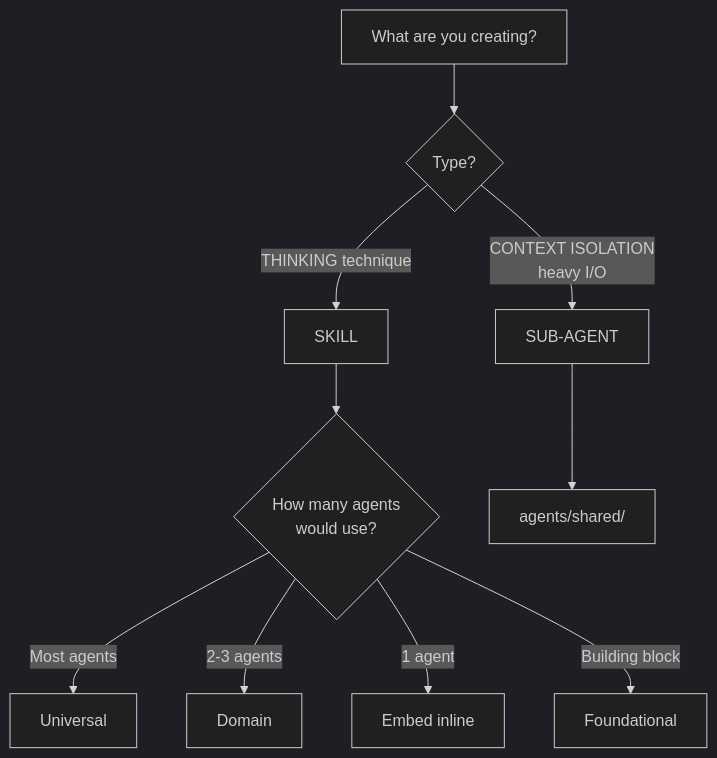
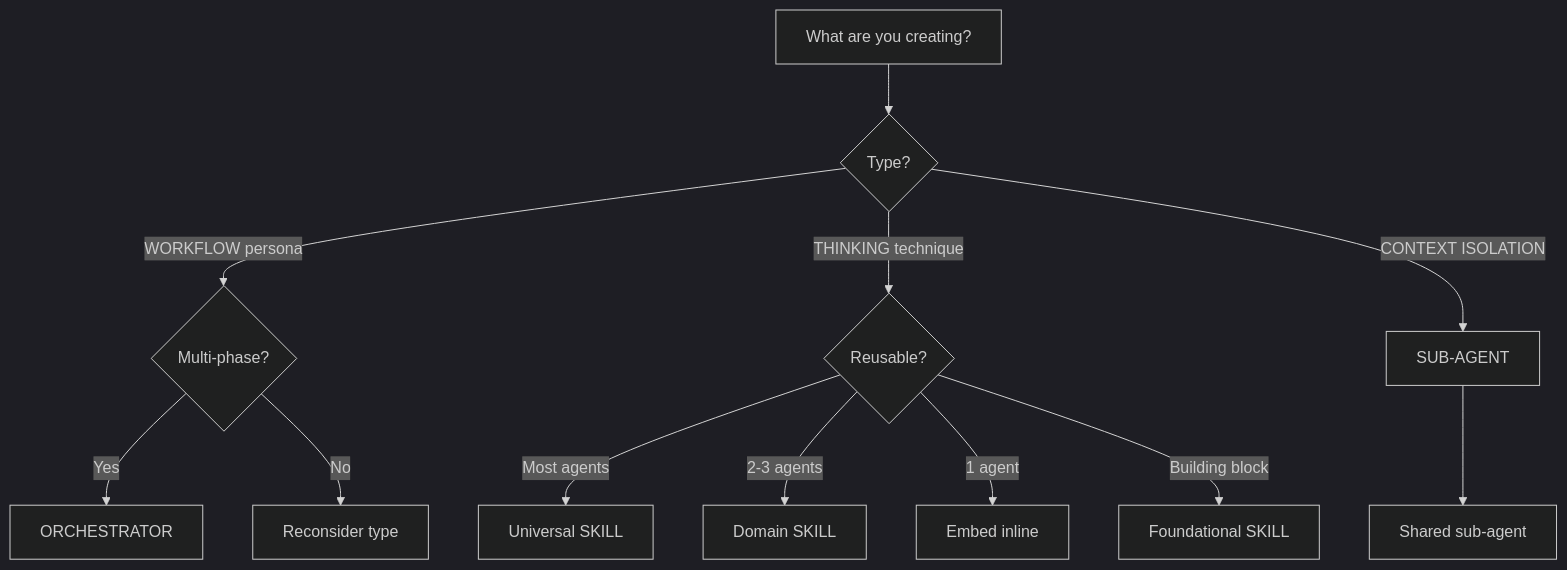
One commit to fernandobandeira/djinn changed the diagram in .memory/Architecture.md. Above: the diagram before and after it, drawn with Mermaid (dark theme). The commit also changed other lines of this file and 22 other files, not shown here.

````diff
--- a/.memory/Architecture.md
+++ b/.memory/Architecture.md
@@ -160,14 +90,17 @@
 ```mermaid
 flowchart TD
     A[What are you creating?] --> B{Type?}
-    B -->|THINKING technique| C[SKILL]
-    B -->|CONTEXT ISOLATION<br>heavy I/O| D[SUB-AGENT]
+    B -->|WORKFLOW persona| C{Multi-phase?}
+    B -->|THINKING technique| D{Reusable?}
+    B -->|CONTEXT ISOLATION| E[SUB-AGENT]
     
-    C --> E{How many agents<br>would use?}
-    E -->|Most agents| F[Universal]
-    E -->|2-3 agents| G[Domain]
-    E -->|1 agent| H[Embed inline]
-    E -->|Building block| I[Foundational]
+    C -->|Yes| F[ORCHESTRATOR]
+    C -->|No| G[Reconsider type]
     
-    D --> J[agents/shared/]
+    D -->|Most agents| H[Universal SKILL]
+    D -->|2-3 agents| I[Domain SKILL]
+    D -->|1 agent| J[Embed inline]
+    D -->|Building block| K[Foundational SKILL]
+    
+    E --> L[Shared sub-agent]
 ```
````
